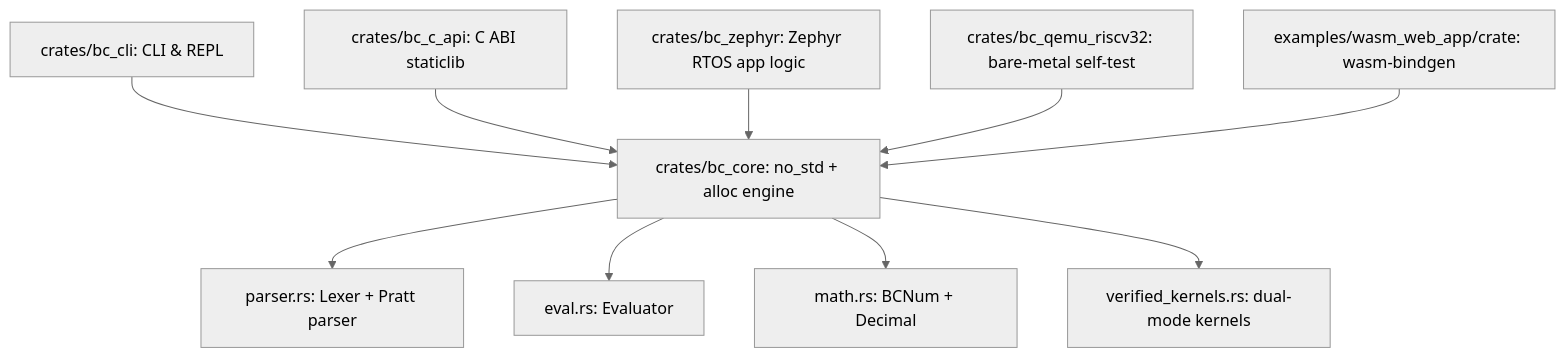
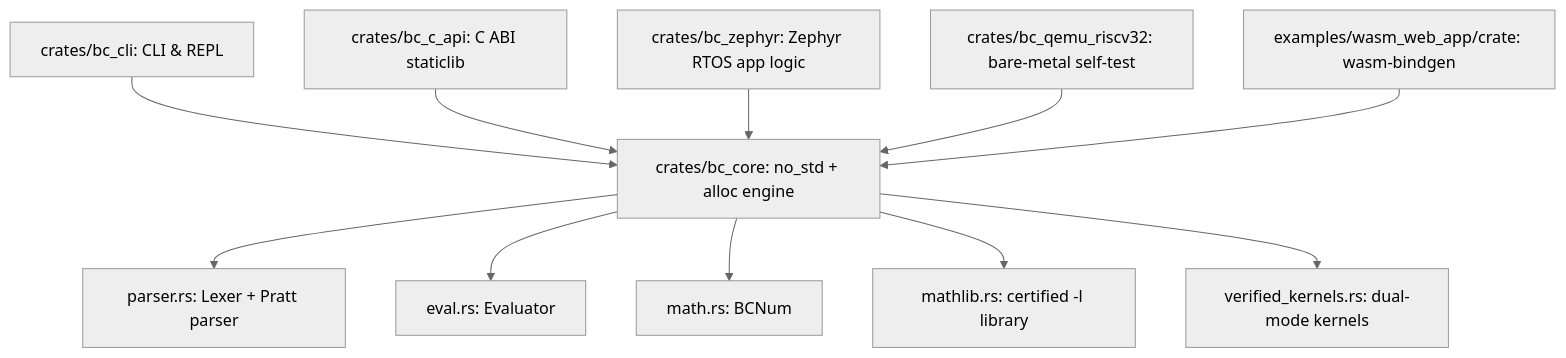
The diagram in AGENTS.md (takayuki-nagata/bc_clone_rs), drawn with Mermaid (neutral theme) before and after one commit. The commit also changed other lines of this file and 12 other files, not shown here.

First line of the commit message:
feat(math): certify every math library result with rigorous error bounds

````diff
--- a/AGENTS.md
+++ b/AGENTS.md
@@ -24,12 +24,13 @@
 ```mermaid
 graph TD
     CLI[crates/bc_cli: CLI & REPL] --> Core[crates/bc_core: no_std + alloc engine]
     CAPI[crates/bc_c_api: C ABI staticlib] --> Core
     Zephyr[crates/bc_zephyr: Zephyr RTOS app logic] --> Core
     QEMU[crates/bc_qemu_riscv32: bare-metal self-test] --> Core
     Wasm[examples/wasm_web_app/crate: wasm-bindgen] --> Core
     Core --> Parser[parser.rs: Lexer + Pratt parser]
     Core --> Eval[eval.rs: Evaluator]
-    Core --> Math[math.rs: BCNum + Decimal]
+    Core --> Math[math.rs: BCNum]
+    Core --> MathLib[mathlib.rs: certified -l library]
     Core --> Kernels[verified_kernels.rs: dual-mode kernels]
 ```
````
